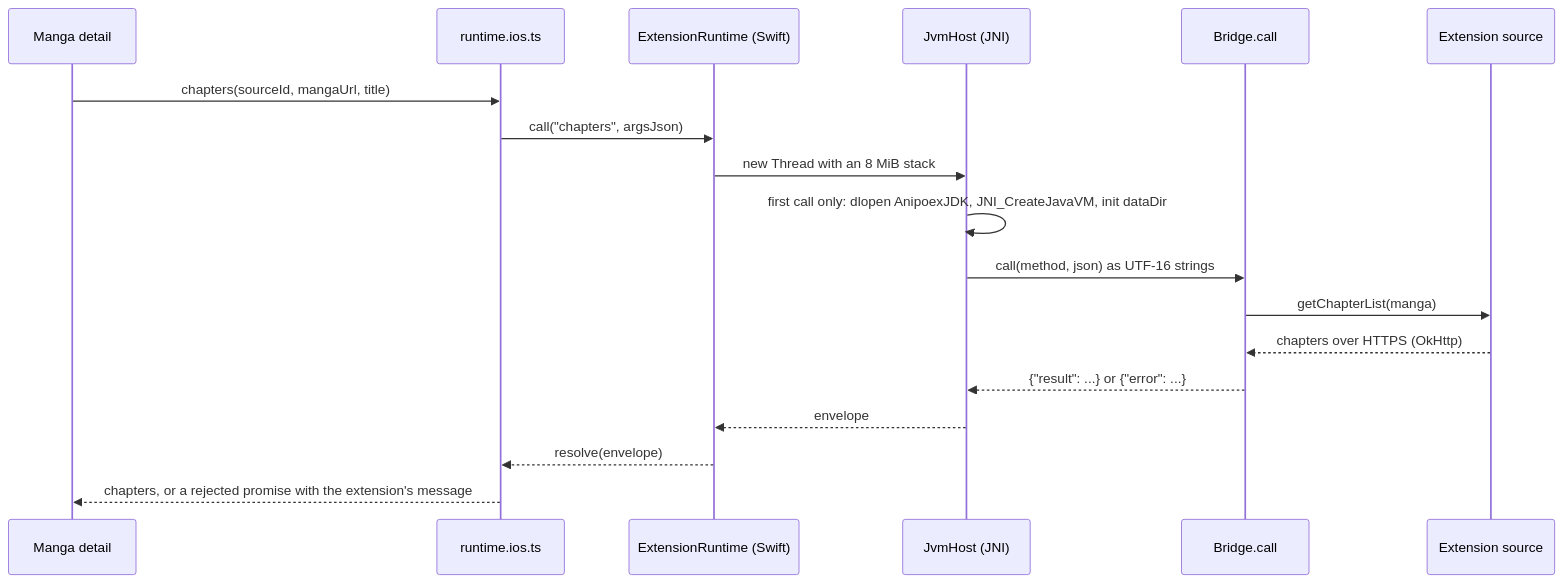
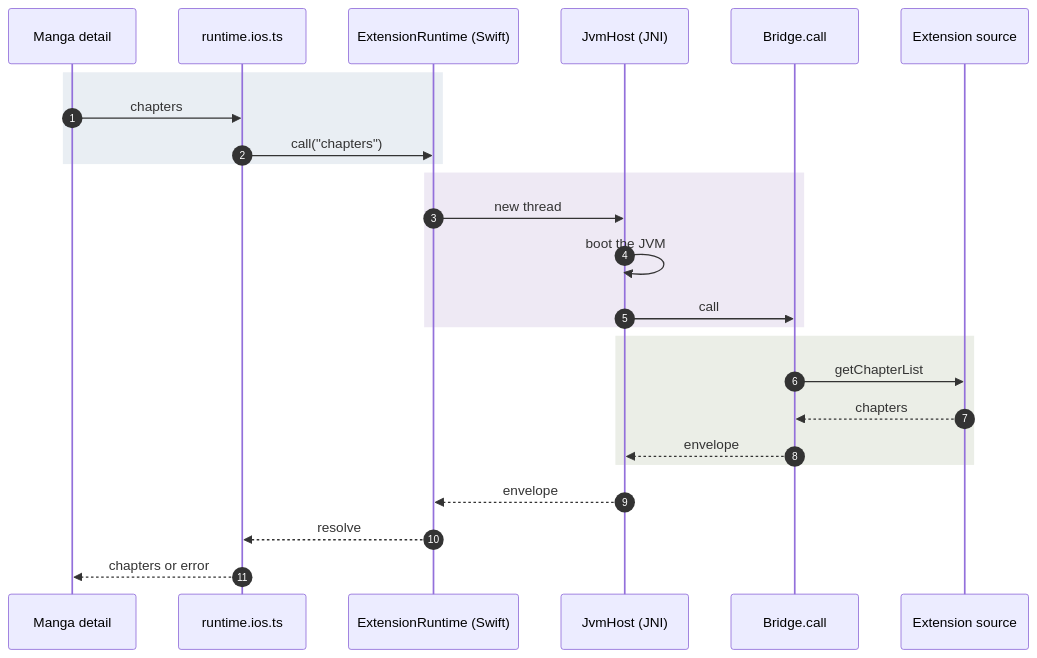
Before and after one commit to Carloss616/anipoex: the seventh of 7 diagrams in docs/extensions.md, drawn with Mermaid. The commit also changed other lines of this file and 1 other file, not shown here.

First line of the commit message:
docs: sync and source picking guide; extension diagrams read at a glance

````diff
--- a/docs/extensions.md
+++ b/docs/extensions.md
@@ -180,20 +260,27 @@
 ```mermaid
 sequenceDiagram
+    autonumber
     participant UI as Manga detail
     participant RT as runtime.ios.ts
     participant EM as ExtensionRuntime (Swift)
     participant JH as JvmHost (JNI)
     participant BR as Bridge.call
     participant SRC as Extension source
-    UI->>RT: chapters(sourceId, mangaUrl, title)
-    RT->>EM: call("chapters", argsJson)
-    EM->>JH: new Thread with an 8 MiB stack
-    JH->>JH: first call only: dlopen AnipoexJDK, JNI_CreateJavaVM, init dataDir
-    JH->>BR: call(method, json) as UTF-16 strings
-    BR->>SRC: getChapterList(manga)
-    SRC-->>BR: chapters over HTTPS (OkHttp)
-    BR-->>JH: {"result": ...} or {"error": ...}
+    rect rgba(106,140,175,0.15)
+        UI->>RT: chapters
+        RT->>EM: call("chapters")
+    end
+    rect rgba(139,111,179,0.15)
+        EM->>JH: new thread
+        JH->>JH: boot the JVM
+        JH->>BR: call
+    end
+    rect rgba(120,140,93,0.15)
+        BR->>SRC: getChapterList
+        SRC-->>BR: chapters
+        BR-->>JH: envelope
+    end
     JH-->>EM: envelope
-    EM-->>RT: resolve(envelope)
-    RT-->>UI: chapters, or a rejected promise with the extension's message
+    EM-->>RT: resolve
+    RT-->>UI: chapters or error
 ```
````
